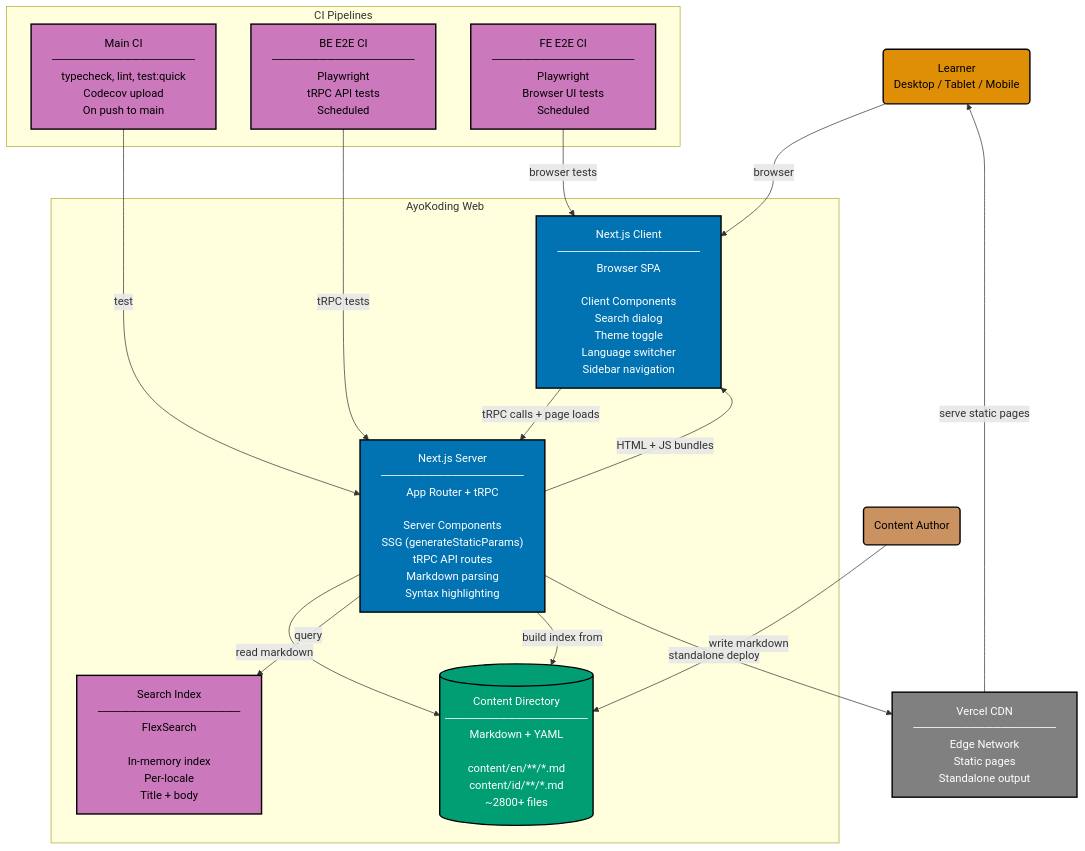
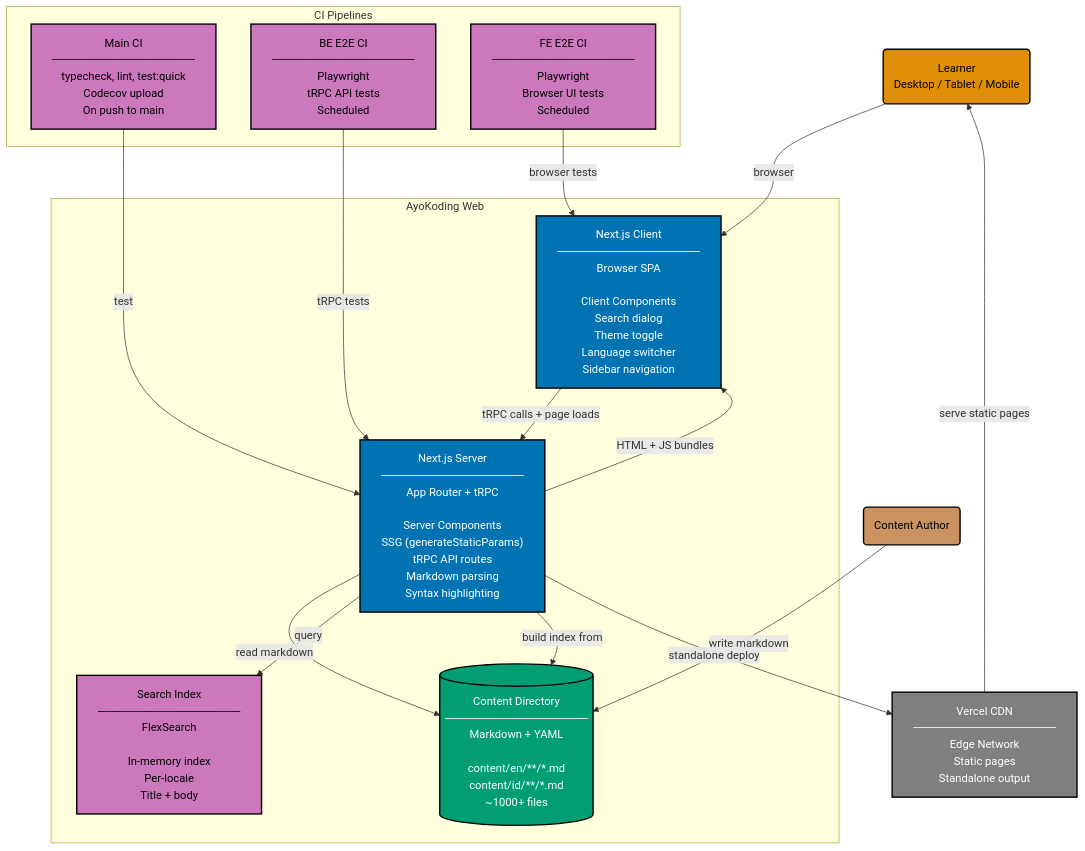
The diagram in specs/apps/ayokoding-web/c4/container.md (wahidyankf/open-sharia-enterprise), drawn with Mermaid before and after one commit. The commit also changed other lines of this file and 1 other file, not shown here.

Commit message:
docs(specs): update ayokoding-web C4 diagrams with accurate content count and GA4
Correct content file count from ~2800+ to ~1000+ (actual: 1011 files) and
add Google Analytics GA4 as an external system in the context diagram.

````diff
--- a/specs/apps/ayokoding-web/c4/container.md
+++ b/specs/apps/ayokoding-web/c4/container.md
@@ -11,51 +11,51 @@
 ```mermaid
 %% Color Palette: Blue #0173B2 | Orange #DE8F05 | Teal #029E73 | Purple #CC78BC | Brown #CA9161 | Gray #808080
 graph TD
     LEARNER("Learner<br/>Desktop / Tablet / Mobile"):::actor
     AUTHOR("Content Author"):::actor_author
 
     subgraph SYSTEM["AyoKoding Web"]
         SSR["Next.js Server<br/>──────────────────<br/>App Router + tRPC<br/><br/>Server Components<br/>SSG (generateStaticParams)<br/>tRPC API routes<br/>Markdown parsing<br/>Syntax highlighting"]:::container_be
 
         CLIENT["Next.js Client<br/>──────────────────<br/>Browser SPA<br/><br/>Client Components<br/>Search dialog<br/>Theme toggle<br/>Language switcher<br/>Sidebar navigation"]:::container_fe
 
-        CONTENT[("Content Directory<br/>──────────────────<br/>Markdown + YAML<br/><br/>content/en/**/*.md<br/>content/id/**/*.md<br/>~2800+ files")]:::datastore
+        CONTENT[("Content Directory<br/>──────────────────<br/>Markdown + YAML<br/><br/>content/en/**/*.md<br/>content/id/**/*.md<br/>~1000+ files")]:::datastore
 
         SEARCH["Search Index<br/>──────────────────<br/>FlexSearch<br/><br/>In-memory index<br/>Per-locale<br/>Title + body"]:::search
     end
 
     subgraph CICD["CI Pipelines"]
         MAIN_CI["Main CI<br/>──────────────────<br/>typecheck, lint, test:quick<br/>Codecov upload<br/>On push to main"]:::ci
 
         BE_E2E["BE E2E CI<br/>──────────────────<br/>Playwright<br/>tRPC API tests<br/>Scheduled"]:::ci
 
         FE_E2E["FE E2E CI<br/>──────────────────<br/>Playwright<br/>Browser UI tests<br/>Scheduled"]:::ci
     end
 
     VERCEL["Vercel CDN<br/>──────────────────<br/>Edge Network<br/>Static pages<br/>Standalone output"]:::infra
 
     LEARNER -->|"browser"| CLIENT
     AUTHOR -->|"write markdown"| CONTENT
 
     CLIENT -->|"tRPC calls + page loads"| SSR
     SSR -->|"read markdown"| CONTENT
     SSR -->|"query"| SEARCH
     SSR -->|"build index from"| CONTENT
     SSR -->|"HTML + JS bundles"| CLIENT
 
     SSR -->|"standalone deploy"| VERCEL
     VERCEL -->|"serve static pages"| LEARNER
 
     MAIN_CI -->|"test"| SSR
     BE_E2E -->|"tRPC tests"| SSR
     FE_E2E -->|"browser tests"| CLIENT
 
     classDef actor fill:#DE8F05,stroke:#000000,color:#000000,stroke-width:2px
     classDef actor_author fill:#CA9161,stroke:#000000,color:#000000,stroke-width:2px
     classDef container_be fill:#0173B2,stroke:#000000,color:#FFFFFF,stroke-width:2px
     classDef container_fe fill:#0173B2,stroke:#000000,color:#FFFFFF,stroke-width:2px
     classDef datastore fill:#029E73,stroke:#000000,color:#FFFFFF,stroke-width:2px
     classDef search fill:#CC78BC,stroke:#000000,color:#000000,stroke-width:2px
     classDef infra fill:#808080,stroke:#000000,color:#FFFFFF,stroke-width:2px
     classDef ci fill:#CC78BC,stroke:#000000,color:#000000,stroke-width:2px
 ```
````
